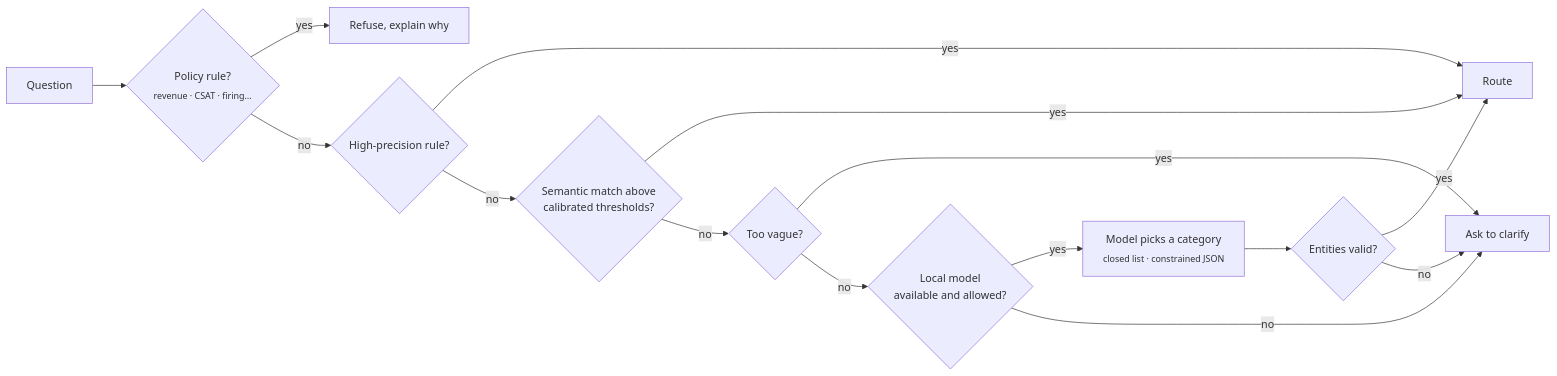
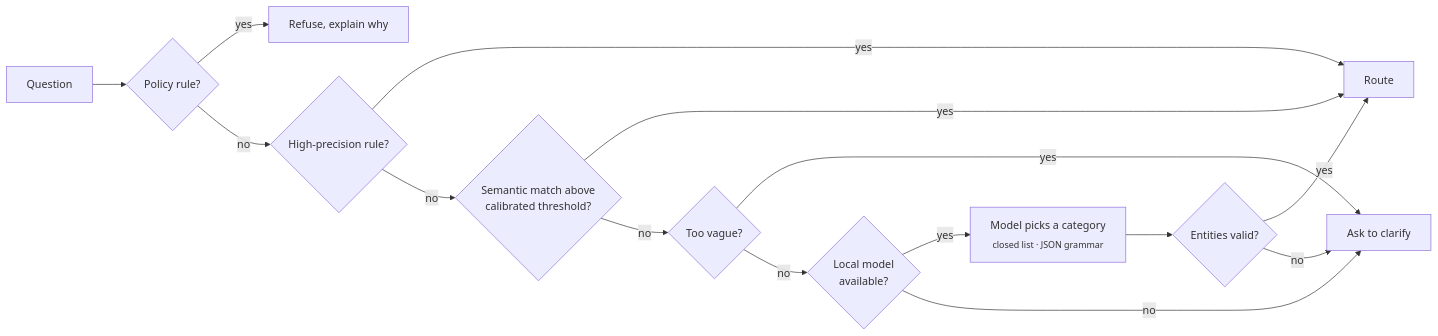
Before and after one commit to florina787/Data-sets: the fourth of 6 diagrams in conversation-intelligence-copilot/README.md, drawn with Mermaid. The commit also changed other lines of this file and 15 other files, not shown here.

First line of the commit message:
Redesign README: demo GIF, focused screenshots, staged agent graph, IDE setup

````diff
--- a/conversation-intelligence-copilot/README.md
+++ b/conversation-intelligence-copilot/README.md
@@ -223,16 +271,16 @@
 ```mermaid
 flowchart LR
-    Q[Question] --> P{Policy rule?<br/><sub>revenue · CSAT · firing…</sub>}
+    Q[Question] --> P{Policy rule?}
     P -- yes --> REF[Refuse, explain why]
     P -- no --> R{High-precision rule?}
     R -- yes --> OK[Route]
-    R -- no --> SEM{Semantic match above<br/>calibrated thresholds?}
+    R -- no --> SEM{Semantic match above<br/>calibrated threshold?}
     SEM -- yes --> OK
     SEM -- no --> V{Too vague?}
     V -- yes --> CL[Ask to clarify]
-    V -- no --> M{Local model<br/>available and allowed?}
-    M -- yes --> LLM[Model picks a category<br/><sub>closed list · constrained JSON</sub>] --> VAL{Entities valid?}
+    V -- no --> M{Local model<br/>available?}
+    M -- yes --> LLM[Model picks a category<br/><sub>closed list · JSON grammar</sub>] --> VAL{Entities valid?}
     VAL -- yes --> OK
     VAL -- no --> CL
     M -- no --> CL
 ```
````
